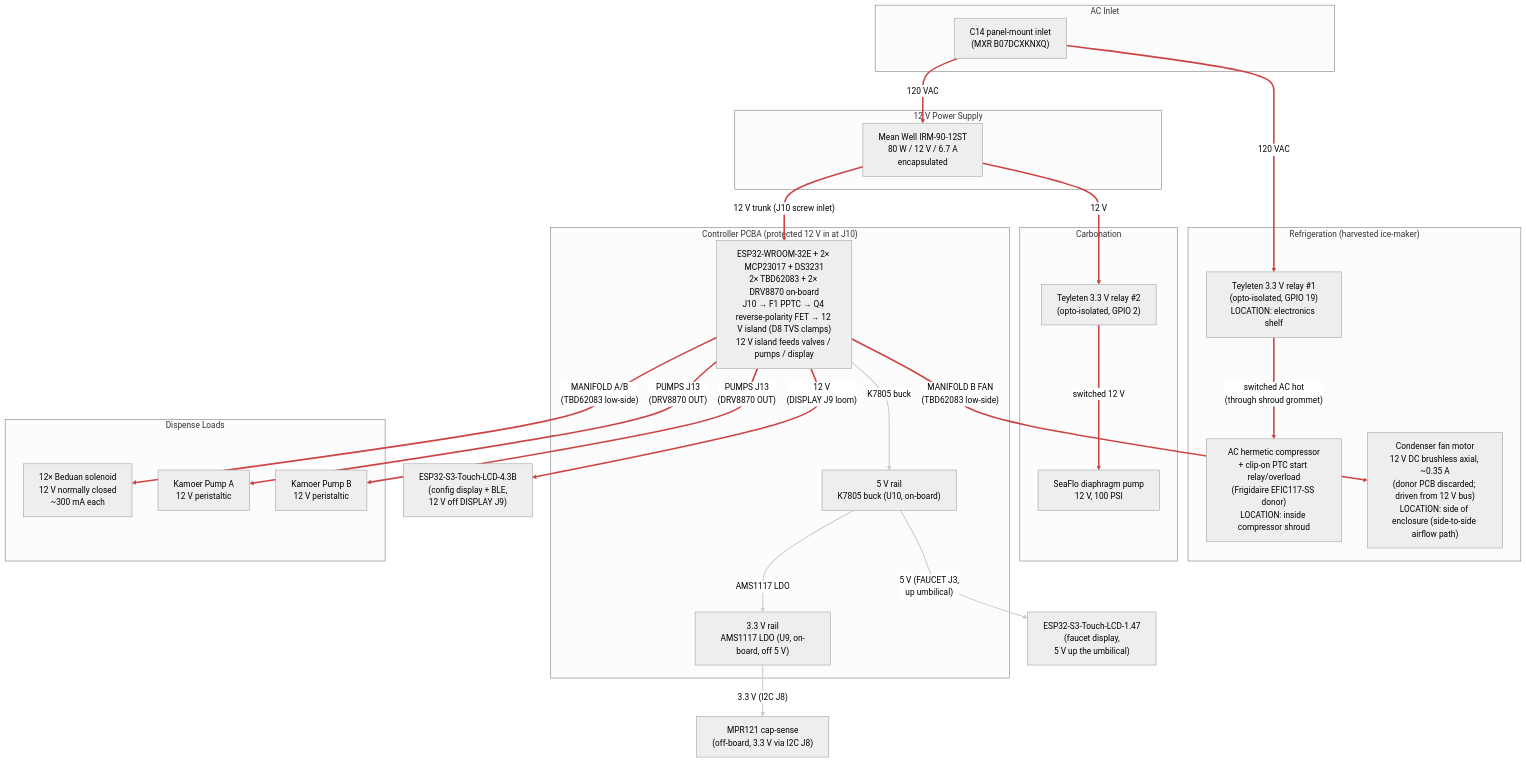
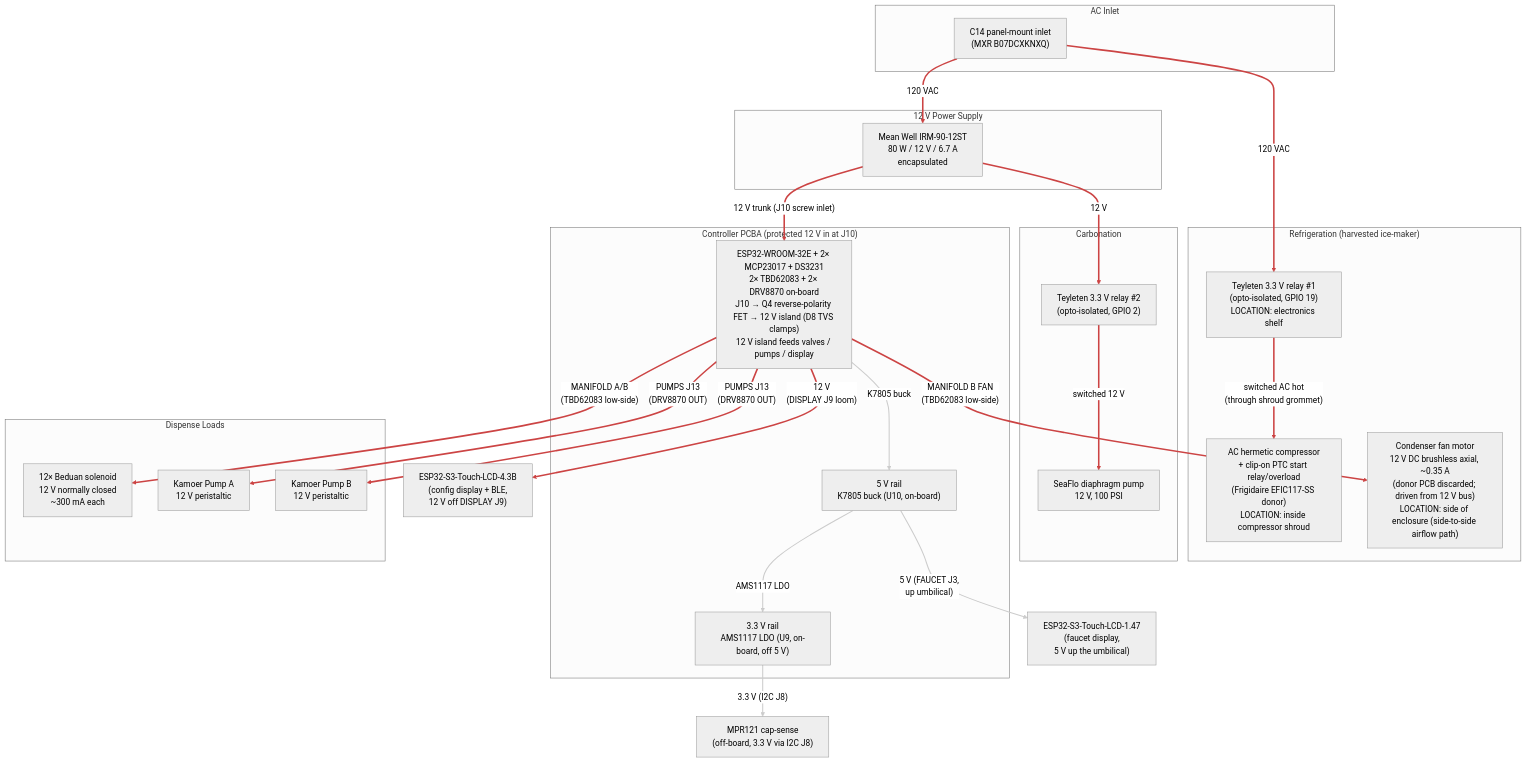
Before and after one commit to derekbreden/homesodamachine: the diagram in hardware/wiring/power.mmd, drawn with Mermaid (neutral theme). The commit also changed 6 other files, not shown here.

First line of the commit message:
pcba: drop F1 PPTC — J10 12V inlet is J10.V12 → Q4 pass FET → V12 island

```diff
--- a/hardware/wiring/power.mmd
+++ b/hardware/wiring/power.mmd
@@ -1,135 +1,131 @@
 flowchart TD
 
   %% Power Distribution (current plan).
   %% 120 VAC mains in via C14 inlet; Mean Well 12 V PSU supplies the
   %% 12 V bus for everything except the compressor itself, which runs
   %% on switched mains via Teyleten relay #1 (PCBA RELAYS J5, ESP32
   %% GPIO 19). The 12 V diaphragm pump is gated by Teyleten relay #2
   %% (PCBA RELAYS J5, ESP32 GPIO 2) so firmware can keep refill off
   %% during an active dispense. Both relay modules take their coil/opto
   %% 5 V from RELAYS J5.
   %% The 12 V bus feeds the controller PCBA at its screw inlet (J10).
-  %% The inlet is protected in series: a resettable PPTC fuse (F1,
-  %% SMD1812P200TF16, 2 A hold / 4 A trip / 16 V) provides overcurrent
-  %% protection — it trips on a sustained ~4 A board-side fault the 6.7 A
-  %% supply ignores and auto-recovers; then a P-channel MOSFET (Q4, AO3407)
+  %% The inlet is protected in series: a P-channel MOSFET (Q4, AO3407)
   %% in the high side blocks reverse polarity before the 12 V reaches the
   %% island; and a 15 V TVS (D8, SMAJ15A) clamps input surges the board
-  %% sees to under C3's 25 V rating — so an overcurrent fault, a mis-wired
-  %% loom, or a transient-laden supply can no longer cook the bulk cap,
-  %% the K7805, or the drivers.
+  %% sees to under C3's 25 V rating. Overcurrent is bounded by the Mean
+  %% Well supply's own 6.7 A OCP.
   %% The board makes its own logic rails — 5 V from the on-board K7805
   %% buck (U10), 3.3 V from the on-board AMS1117 LDO (U9, off the 5 V
   %% rail) — and carries the WROOM, both MCP23017s, the RTC, both
   %% TBD62083s, and the two DRV8870 pump H-bridges. Off-board 12 V
   %% loads draw through the board: solenoid valves + condenser fan
   %% through the TBD62083 channels (MANIFOLD A/B), peristaltic pumps through
   %% the DRV8870s (PUMPS J13), and the 4.3B config display through its
   %% loom connector (DISPLAY J9 carries RS485 + 12 V). The faucet
   %% display takes 5 V up the umbilical (FAUCET J3); the sensor loom
   %% (SENSORS J4) and the MQ-6 heater (GAS J11) draw 5 V / 3.3 V off
   %% the same on-board rails.
   %% Physical placement:
   %% - The C14 inlet, AC distribution, PSU, both Teyleten relays, and
   %%   the controller PCBA sit on a single electronics shelf at the
   %%   top-back of the enclosure, behind the rear-panel C14 inlet.
   %% - The compressor sits middle-bottom inside a fire-rated metal
   %%   shroud (because the appliance is going into kitchens used by
   %%   friends, family, and customers the founder knows by name, and
   %%   safe handling of the R-600a charge is what UL 60335-2-89
   %%   actually requires); its clip-on PTC start relay + overload
   %%   module is co-located with the compressor body inside the shroud.
   %% - Teyleten relay #1 stays on the SHELF, OUTSIDE the shroud.
   %%   Only switched AC enters the shroud (one wire bundle through one
   %%   grommet: switched H + N + chassis G). This avoids placing an
   %%   arcing contact inside the protected hydrocarbon-refrigerant
   %%   compartment.
   %% - The condenser fan motor is on the side of the enclosure
   %%   (the side-to-side intake → condenser → exhaust airflow path)
   %%   and is OUTSIDE the shroud. It is a 12 V DC brushless axial
   %%   fan: the donor ice maker's own PCB regulated mains to 12 V
   %%   to drive it (factory wiring was never AC on the fan itself),
   %%   so on harvest we discard the donor PCB and drive the fan
   %%   from our own 12 V bus. Low-side switched via one channel of
   %%   TBD62083 #2 (MANIFOLD B FAN pin, driven from MCP23017 0x21
   %%   PA3) — same pattern as the solenoid valves. Firmware turns it
   %%   on/off in lockstep with the compressor.
   %% See `ac-wiring-schedule.md` for run-by-run gauges + lengths and
   %% `../cut-parts/compressor-shroud/` for the shroud part.
 
   subgraph AC_Inlet["AC Inlet"]
     C14["C14 panel-mount inlet\n(MXR B07DCXKNXQ)"]
   end
 
   subgraph Supply["12 V Power Supply"]
     PSU["Mean Well IRM-90-12ST\n80 W / 12 V / 6.7 A\nencapsulated"]
   end
 
   subgraph Refrigeration["Refrigeration  (harvested ice-maker)"]
     RELAY["Teyleten 3.3 V relay #1\n(opto-isolated, GPIO 19)\nLOCATION: electronics shelf"]
     COMP_AC["AC hermetic compressor\n+ clip-on PTC start relay/overload\n(Frigidaire EFIC117-SS donor)\nLOCATION: inside compressor shroud"]
     COND_FAN["Condenser fan motor\n12 V DC brushless axial, ~0.35 A\n(donor PCB discarded; driven from 12 V bus)\nLOCATION: side of enclosure (side-to-side airflow path)"]
   end
 
   subgraph Carbonation["Carbonation"]
     DIA_RELAY["Teyleten 3.3 V relay #2\n(opto-isolated, GPIO 2)"]
     DIA_PUMP["SeaFlo diaphragm pump\n12 V, 100 PSI"]
   end
 
   subgraph Board["Controller PCBA  (protected 12 V in at J10)"]
-    PCBA["ESP32-WROOM-32E + 2× MCP23017 + DS3231\n2× TBD62083 + 2× DRV8870 on-board\nJ10 → F1 PPTC → Q4 reverse-polarity FET → 12 V island (D8 TVS clamps)\n12 V island feeds valves / pumps / display"]
+    PCBA["ESP32-WROOM-32E + 2× MCP23017 + DS3231\n2× TBD62083 + 2× DRV8870 on-board\nJ10 → Q4 reverse-polarity FET → 12 V island (D8 TVS clamps)\n12 V island feeds valves / pumps / display"]
     REG_5V["5 V rail\nK7805 buck (U10, on-board)"]
     REG_3V3["3.3 V rail\nAMS1117 LDO (U9, on-board, off 5 V)"]
   end
 
   subgraph Dispense["Dispense Loads"]
     VALVES["12× Beduan solenoid\n12 V normally closed\n~300 mA each"]
     PUMP_A["Kamoer Pump A\n12 V peristaltic"]
     PUMP_B["Kamoer Pump B\n12 V peristaltic"]
   end
 
   CFG["ESP32-S3-Touch-LCD-4.3B\n(config display + BLE,\n 12 V off DISPLAY J9)"]
 
   FAUCET["ESP32-S3-Touch-LCD-1.47\n(faucet display,\n 5 V up the umbilical)"]
 
   MPR["MPR121 cap-sense\n(off-board, 3.3 V via I2C J8)"]
 
   %% AC distribution (hot leg)
   C14 ==>|"120 VAC"| RELAY
   C14 ==>|"120 VAC"| PSU
   RELAY ==>|"switched AC hot\n(through shroud grommet)"| COMP_AC
 
   %% 12 V distribution
   PSU ==>|"12 V trunk (J10 screw inlet)"| PCBA
   PSU ==>|"12 V"| DIA_RELAY
   DIA_RELAY ==>|"switched 12 V"| DIA_PUMP
   PCBA ==>|"MANIFOLD A/B\n(TBD62083 low-side)"| VALVES
   PCBA ==>|"MANIFOLD B FAN\n(TBD62083 low-side)"| COND_FAN
   PCBA ==>|"PUMPS J13\n(DRV8870 OUT)"| PUMP_A
   PCBA ==>|"PUMPS J13\n(DRV8870 OUT)"| PUMP_B
   PCBA ==>|"12 V\n(DISPLAY J9 loom)"| CFG
 
   %% Logic rails (made on the PCBA)
   PCBA -->|"K7805 buck"| REG_5V
   REG_5V -->|"5 V (FAUCET J3,\n up umbilical)"| FAUCET
   REG_5V -->|"AMS1117 LDO"| REG_3V3
   REG_3V3 -->|"3.3 V (I2C J8)"| MPR
 
   %% Power paths (red, thick).
   %% 0    = C14 -> relay #1 (AC mains)
   %% 1    = C14 -> PSU (AC mains)
   %% 2    = relay #1 -> compressor (switched AC, through shroud)
   %% 3    = PSU 12 V trunk -> PCBA (J10)
   %% 4    = PSU 12 V -> diaphragm relay #2
   %% 5    = relay #2 -> diaphragm pump (switched 12 V)
   %% 6    = PCBA -> solenoid valves (TBD62083 low-side)
   %% 7    = PCBA -> condenser fan (TBD62083 low-side)
   %% 8-9  = PCBA -> peristaltic pumps (DRV8870)
   %% 10   = PCBA -> 4.3B config display (12 V off J9)
   linkStyle 0,1,2,3,4,5,6,7,8,9,10 stroke:#c44,stroke-width:3px
   %% Logic rails (5 V, 3.3 V), made on the PCBA: white workhorse.
   %% 11 = K7805 buck -> 5 V rail
   %% 12 = 5 V rail -> faucet display (up umbilical)
   %% 13 = AMS1117 -> 3.3 V rail
   %% 14 = 3.3 V rail -> off-board MPR121 (I2C header)
   linkStyle 11,12,13,14 stroke:#ccc,stroke-width:2px
```
